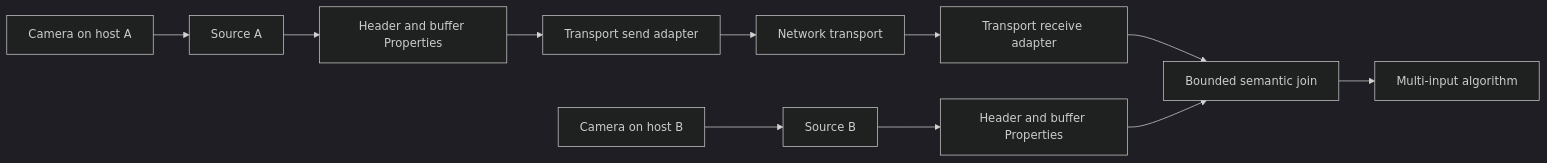
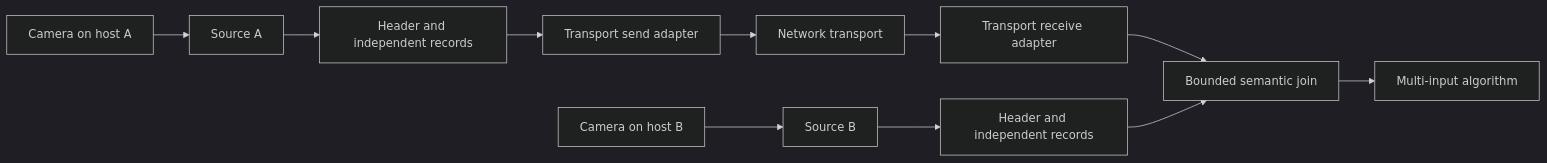
Before and after one commit to DarrylGamroth/PipeWireAO: the first of 3 diagrams in doc/dox/internals/acquisition-metadata.md, drawn with Mermaid (dark theme). The commit also changed other lines of this file and 38 other files, not shown here.

Commit message:
Replace acquisition properties with independent SPA metadata records

````diff
--- a/doc/dox/internals/acquisition-metadata.md
+++ b/doc/dox/internals/acquisition-metadata.md
@@ -32,13 +32,13 @@
 ```mermaid
 flowchart LR
     CameraA[Camera on host A] --> SourceA[Source A]
     CameraB[Camera on host B] --> SourceB[Source B]
-    SourceA --> MetaA[Header and buffer Properties]
-    SourceB --> MetaB[Header and buffer Properties]
+    SourceA --> MetaA[Header and independent records]
+    SourceB --> MetaB[Header and independent records]
     MetaA --> SendAdapter[Transport send adapter]
     SendAdapter --> Transport[Network transport]
     Transport --> ReceiveAdapter[Transport receive adapter]
     ReceiveAdapter --> Join[Bounded semantic join]
     MetaB --> Join
     Join --> Algorithm[Multi-input algorithm]
 ```
````
